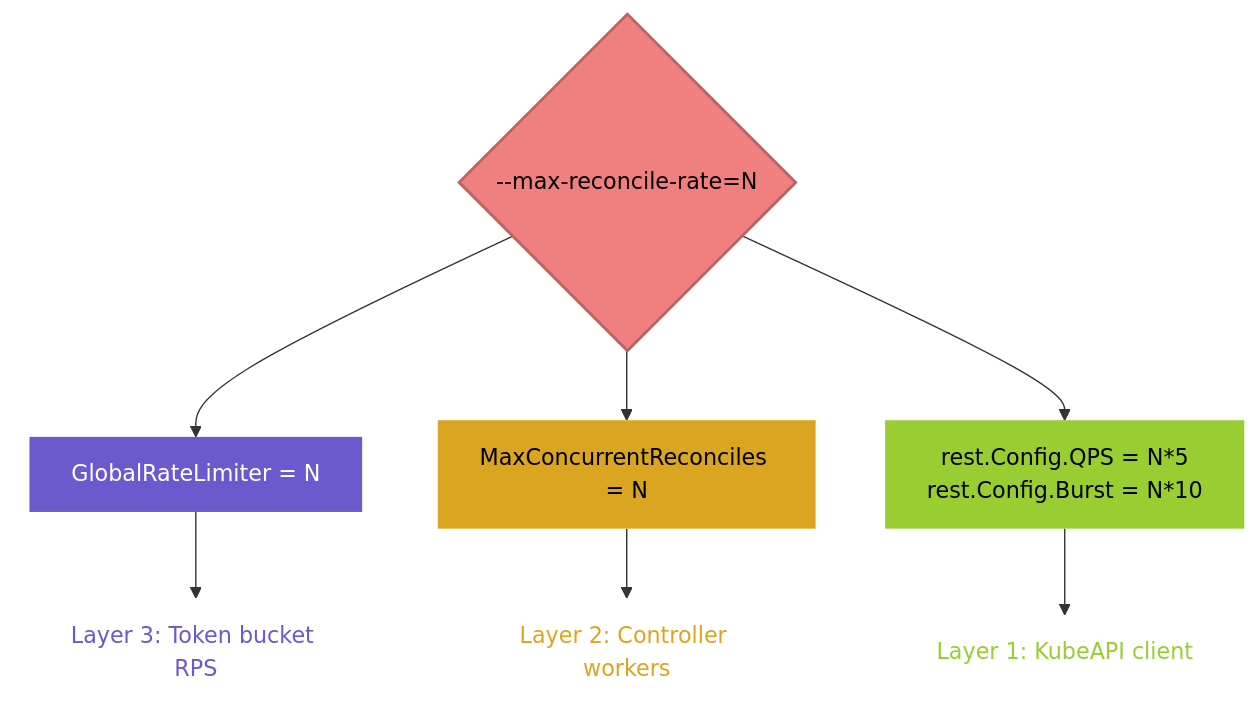
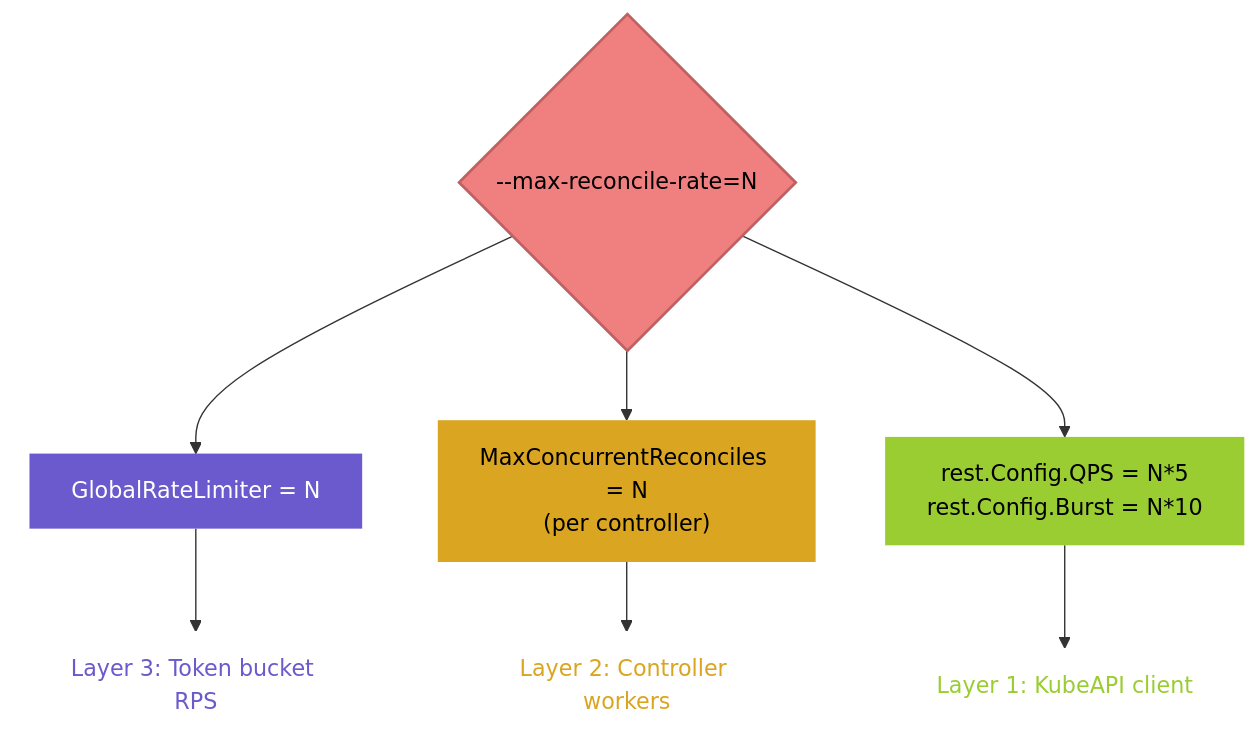
One commit to SAP/crossplane-provider-docs changed the second of 2 diagrams in docs/provider-operations/1-performance-considerations.mdx. Above: the diagram before and after it, drawn with Mermaid. The commit also changed other lines of this file, not shown here.

````diff
--- a/docs/provider-operations/1-performance-considerations.mdx
+++ b/docs/provider-operations/1-performance-considerations.mdx
@@ -78,29 +78,29 @@
 ```mermaid
 flowchart TD
     flag{"--max-reconcile-rate=N"}
 
     ratelimiter["GlobalRateLimiter = N"]
-    maxconc["MaxConcurrentReconciles = N"]
+    maxconc["MaxConcurrentReconciles = N<br/>(per controller)"]
     qpsburst["rest.Config.QPS = N*5<br/>rest.Config.Burst = N*10"]
 
     ratelimiter_subtitle["Layer 3: Token bucket RPS"]
     maxconc_subtitle["Layer 2: Controller workers"]
     qpsburst_subtitle["Layer 1: KubeAPI client"]
 
     flag --> ratelimiter
     flag --> maxconc
     flag --> qpsburst
 
     ratelimiter --> ratelimiter_subtitle
     maxconc --> maxconc_subtitle
     qpsburst --> qpsburst_subtitle
 
     style flag fill:#F08080,stroke:#c06060,stroke-width:2px,color:#000
     style ratelimiter fill:#6A5ACD,stroke:none,color:#fff
     style maxconc fill:#DAA520,stroke:none,color:#000
     style qpsburst fill:#9ACD32,stroke:none,color:#000
 
     style ratelimiter_subtitle fill:none,stroke:none,color:#6A5ACD
     style maxconc_subtitle fill:none,stroke:none,color:#DAA520
     style qpsburst_subtitle fill:none,stroke:none,color:#9ACD32
 ```
````
